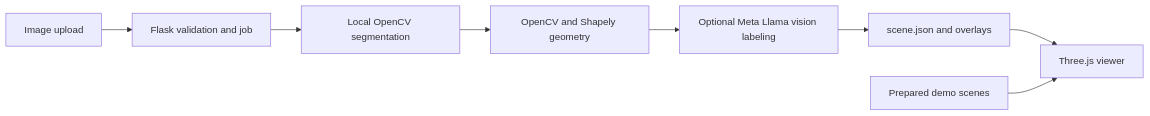
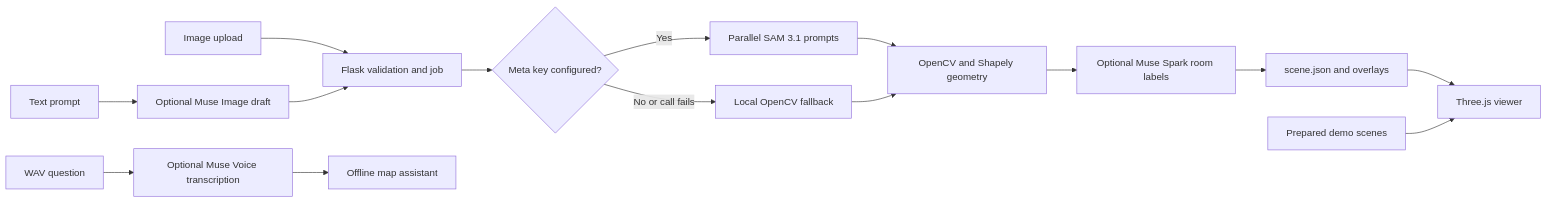
The diagram in README.md (tanmaysandhu55/meta-hackathon-blueprint3d), drawn with Mermaid before and after one commit. The commit also changed other lines of this file and 12 other files, not shown here.

Commit message:
feat: add Meta SAM and Muse media integrations

````diff
--- a/README.md
+++ b/README.md
@@ -7,10 +7,17 @@
 ```mermaid
 flowchart LR
     A[Image upload] --> B[Flask validation and job]
-    B --> C[Local OpenCV segmentation]
-    C --> D[OpenCV and Shapely geometry]
-    D --> E[Optional Meta Llama vision labeling]
-    E --> F[scene.json and overlays]
-    F --> G[Three.js viewer]
-    H[Prepared demo scenes] --> G
+    B --> C{Meta key configured?}
+    C -->|Yes| D[Parallel SAM 3.1 prompts]
+    C -->|No or call fails| E[Local OpenCV fallback]
+    D --> F[OpenCV and Shapely geometry]
+    E --> F
+    F --> G[Optional Muse Spark room labels]
+    G --> H[scene.json and overlays]
+    H --> I[Three.js viewer]
+    K[Text prompt] --> L[Optional Muse Image draft]
+    L --> B
+    M[WAV question] --> N[Optional Muse Voice transcription]
+    N --> O[Offline map assistant]
+    J[Prepared demo scenes] --> I
 ```
````
